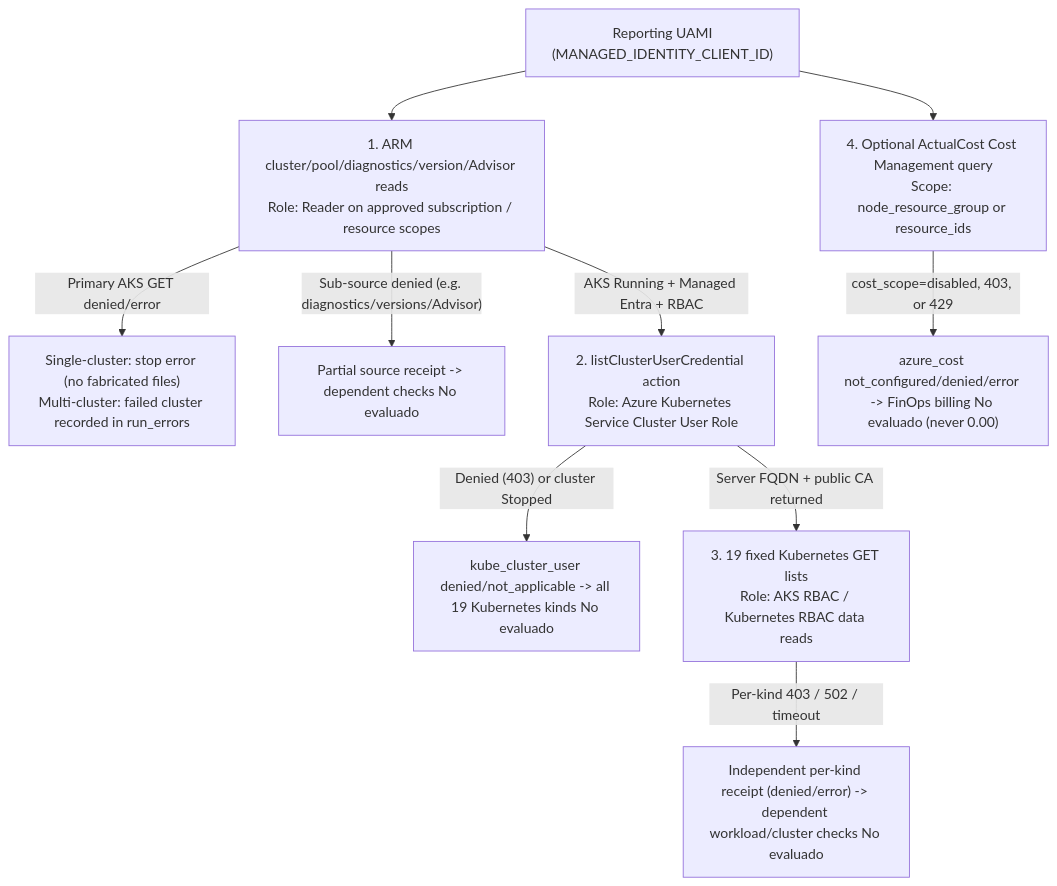
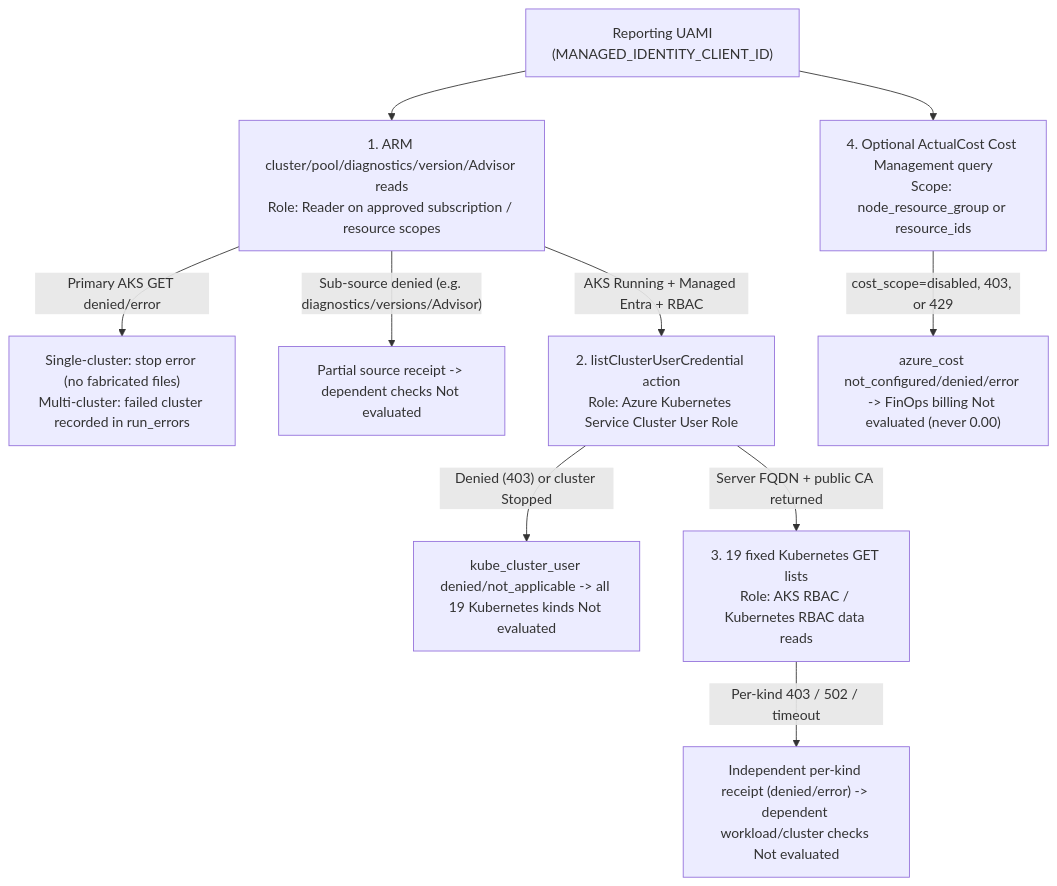
The third of 3 diagrams in 04-aks-well-architected-review/README.md (marioaguileraaa/sre-agent-use-cases), drawn with Mermaid before and after one commit. The commit also changed other lines of this file and 136 other files, not shown here.

````diff
--- a/04-aks-well-architected-review/README.md
+++ b/04-aks-well-architected-review/README.md
@@ -316,12 +329,12 @@
 ```mermaid
 flowchart TD
     U["Reporting UAMI<br/>(MANAGED_IDENTITY_CLIENT_ID)"] --> B1["1. ARM cluster/pool/diagnostics/version/Advisor reads<br/>Role: Reader on approved subscription / resource scopes"]
     B1 -->|"Primary AKS GET denied/error"| E1["Single-cluster: stop error (no fabricated files)<br/>Multi-cluster: failed cluster recorded in run_errors"]
-    B1 -->|"Sub-source denied (e.g. diagnostics/versions/Advisor)"| P1["Partial source receipt -> dependent checks No evaluado"]
+    B1 -->|"Sub-source denied (e.g. diagnostics/versions/Advisor)"| P1["Partial source receipt -> dependent checks Not evaluated"]
     B1 -->|"AKS Running + Managed Entra + RBAC"| B2["2. listClusterUserCredential action<br/>Role: Azure Kubernetes Service Cluster User Role"]
-    B2 -->|"Denied (403) or cluster Stopped"| P2["kube_cluster_user denied/not_applicable -> all 19 Kubernetes kinds No evaluado"]
+    B2 -->|"Denied (403) or cluster Stopped"| P2["kube_cluster_user denied/not_applicable -> all 19 Kubernetes kinds Not evaluated"]
     B2 -->|"Server FQDN + public CA returned"| B3["3. 19 fixed Kubernetes GET lists<br/>Role: AKS RBAC / Kubernetes RBAC data reads"]
-    B3 -->|"Per-kind 403 / 502 / timeout"| P3["Independent per-kind receipt (denied/error) -> dependent workload/cluster checks No evaluado"]
+    B3 -->|"Per-kind 403 / 502 / timeout"| P3["Independent per-kind receipt (denied/error) -> dependent workload/cluster checks Not evaluated"]
     U --> B4["4. Optional ActualCost Cost Management query<br/>Scope: node_resource_group or resource_ids"]
-    B4 -->|"cost_scope=disabled, 403, or 429"| P4["azure_cost not_configured/denied/error -> FinOps billing No evaluado (never 0.00)"]
+    B4 -->|"cost_scope=disabled, 403, or 429"| P4["azure_cost not_configured/denied/error -> FinOps billing Not evaluated (never 0.00)"]
 ```
````
